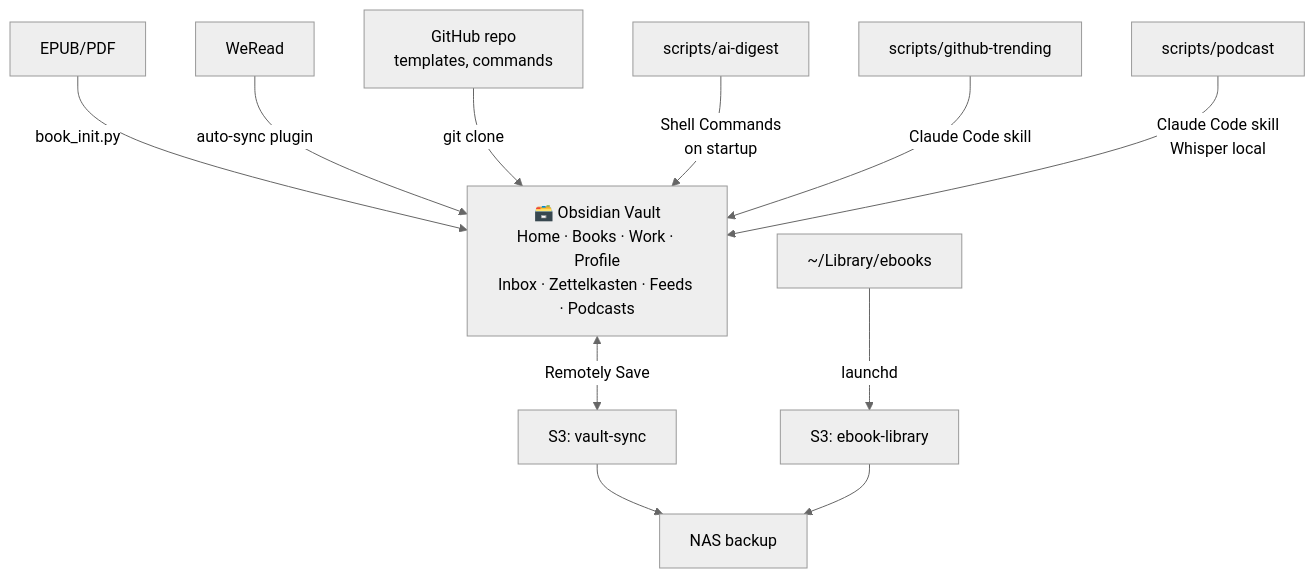
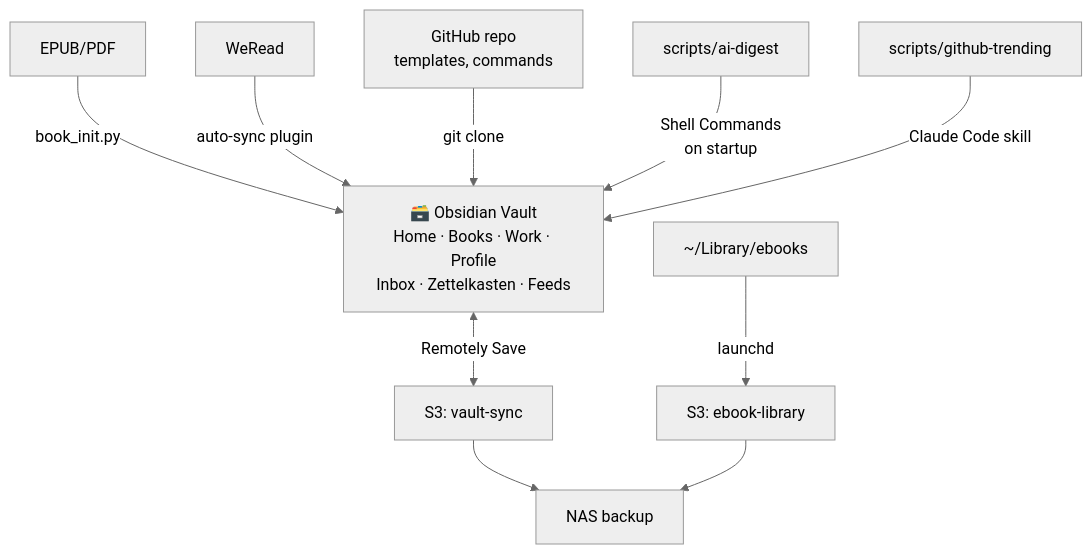
One commit to yepengfan/obsidian-workflow changed the first of 3 diagrams in README.md. Above: the diagram before and after it, drawn with Mermaid (neutral theme). The commit also changed other lines of this file and 1 other file, not shown here.

First line of the commit message:
docs: add algorithm commands and remove podcast references

````diff
--- a/README.md
+++ b/README.md
@@ -73,16 +66,15 @@
 ```mermaid
 graph TD
     EPUB[EPUB/PDF] -->|book_init.py| Vault
     WR[WeRead] -->|auto-sync plugin| Vault
     SYS[GitHub repo<br/>templates, commands] -->|git clone| Vault
     DIGEST[scripts/ai-digest] -->|Shell Commands<br/>on startup| Vault
     GHTREND[scripts/github-trending] -->|Claude Code skill| Vault
-    POD[scripts/podcast] -->|Claude Code skill<br/>Whisper local| Vault
 
-    Vault["🗃️ Obsidian Vault<br/>Home · Books · Work · Profile<br/>Inbox · Zettelkasten · Feeds · Podcasts"]
+    Vault["🗃️ Obsidian Vault<br/>Home · Books · Work · Profile<br/>Inbox · Zettelkasten · Feeds"]
 
     Vault <-->|Remotely Save| S3V[S3: vault-sync]
     EBOOKS[~/Library/ebooks] -->|launchd| S3E[S3: ebook-library]
     S3V --> BACKUP[NAS backup]
     S3E --> BACKUP
 ```
````
